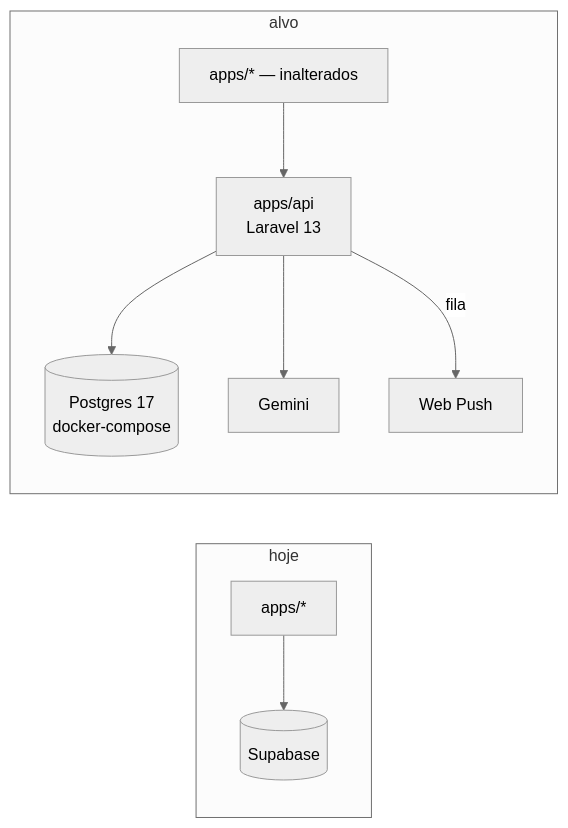
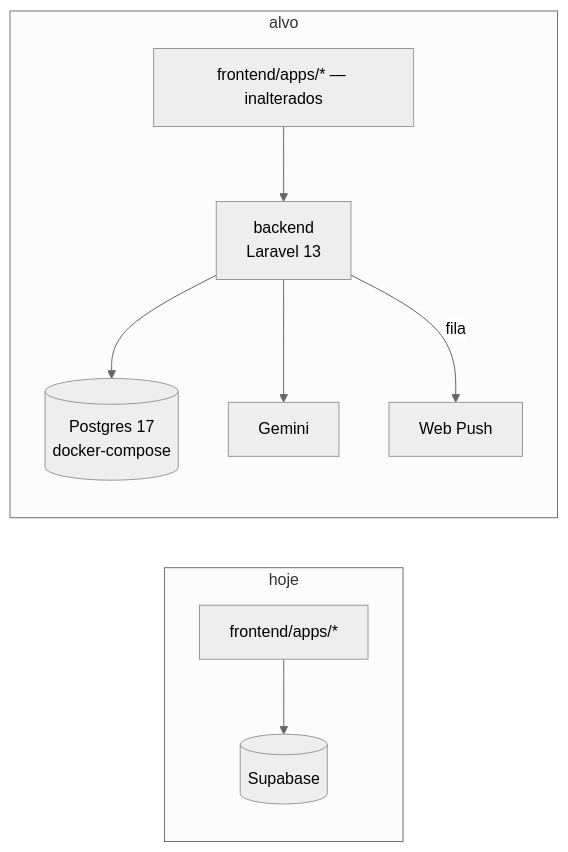
One commit to Crud-Make/Posto-Providencia changed the second of 3 diagrams in docs/architecture.md. Above: the diagram before and after it, drawn with Mermaid (neutral theme). The commit also changed other lines of this file and 86 other files, not shown here.

````diff
--- a/docs/architecture.md
+++ b/docs/architecture.md
@@ -35,12 +35,12 @@
 ```mermaid
 flowchart LR
     subgraph hoje
-        A1[apps/*] --> S1[(Supabase)]
+        A1[frontend/apps/*] --> S1[(Supabase)]
     end
     subgraph alvo
-        A2[apps/* — inalterados] --> API[apps/api<br/>Laravel 13]
+        A2[frontend/apps/* — inalterados] --> API[backend<br/>Laravel 13]
         API --> PG[(Postgres 17<br/>docker-compose)]
         API --> GEM2[Gemini]
         API -->|fila| PUSH[Web Push]
     end
 ```
````
